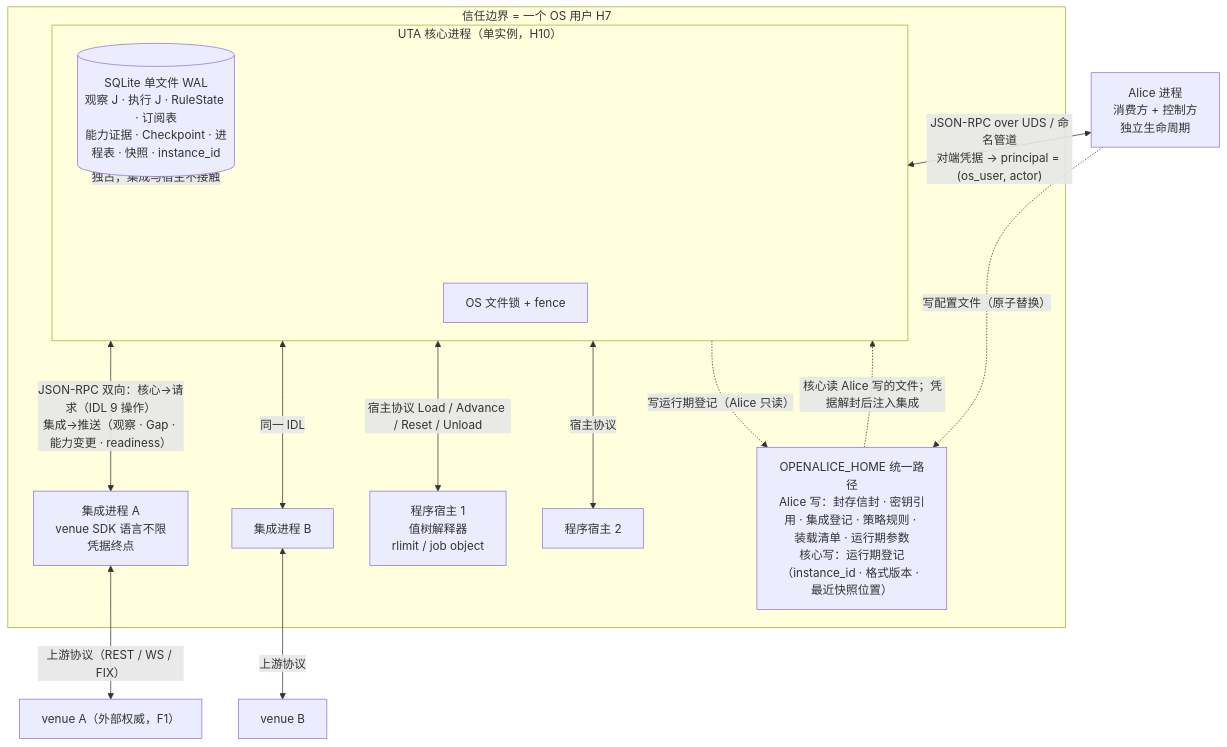
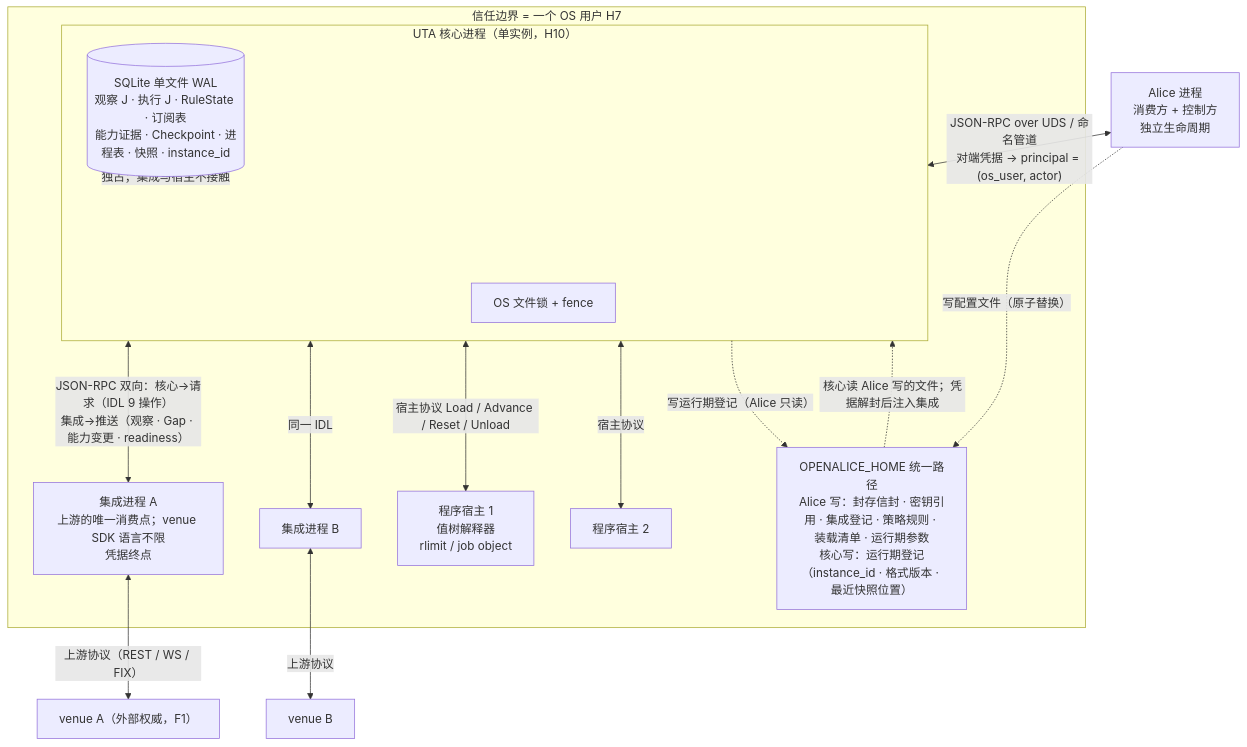
Before and after one commit to mouriya-s-lab/uta: the first of 4 diagrams in design/diagrams/01-process-topology.md, drawn with Mermaid. The commit also changed other lines of this file and 15 other files, not shown here.

````diff
--- a/design/diagrams/01-process-topology.md
+++ b/design/diagrams/01-process-topology.md
@@ -9,28 +9,28 @@
 ```mermaid
 flowchart TB
   subgraph USER["信任边界 = 一个 OS 用户 H7"]
     subgraph CORE["UTA 核心进程（单实例，H10）"]
       DB[("SQLite 单文件 WAL<br/>观察 J · 执行 J · RuleState · 订阅表<br/>能力证据 · Checkpoint · 进程表 · 快照 · instance_id")]
       LOCK["OS 文件锁 + fence"]
     end
-    INT1["集成进程 A<br/>venue SDK 语言不限<br/>凭据终点"]
+    INT1["集成进程 A<br/>上游的唯一消费点；venue SDK 语言不限<br/>凭据终点"]
     INT2["集成进程 B"]
     HOST1["程序宿主 1<br/>值树解释器<br/>rlimit / job object"]
     HOST2["程序宿主 2"]
     FILES["OPENALICE_HOME 统一路径<br/>Alice 写：封存信封 · 密钥引用 · 集成登记 · 策略规则 · 装载清单 · 运行期参数<br/>核心写：运行期登记（instance_id · 格式版本 · 最近快照位置）"]
   end
   ALICE["Alice 进程<br/>消费方 + 控制方<br/>独立生命周期"]
   V1["venue A（外部权威，F1）"]
   V2["venue B"]
   ALICE <-->|"JSON-RPC over UDS / 命名管道<br/>对端凭据 → principal = (os_user, actor)"| CORE
   CORE <-->|"JSON-RPC 双向：核心→请求（IDL 9 操作）<br/>集成→推送（观察 · Gap · 能力变更 · readiness）"| INT1
   CORE <-->|"同一 IDL"| INT2
   CORE <-->|"宿主协议 Load / Advance / Reset / Unload"| HOST1
   CORE <-->|"宿主协议"| HOST2
   INT1 <-->|"上游协议（REST / WS / FIX）"| V1
   INT2 <-->|"上游协议"| V2
   FILES -.->|"核心读 Alice 写的文件；凭据解封后注入集成"| CORE
   CORE -.->|"写运行期登记（Alice 只读）"| FILES
   ALICE -.->|"写配置文件（原子替换）"| FILES
   DB -.->|"独占；集成与宿主不接触"| CORE
 ```
````
